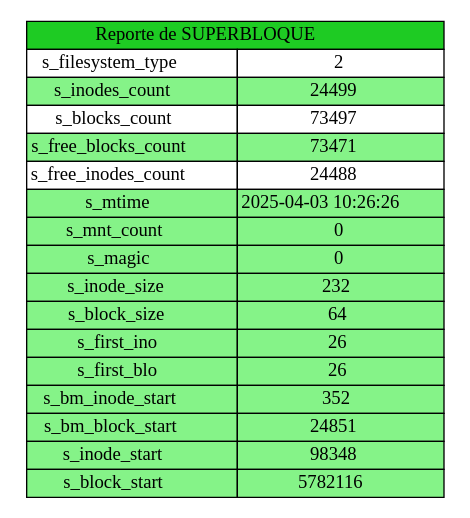
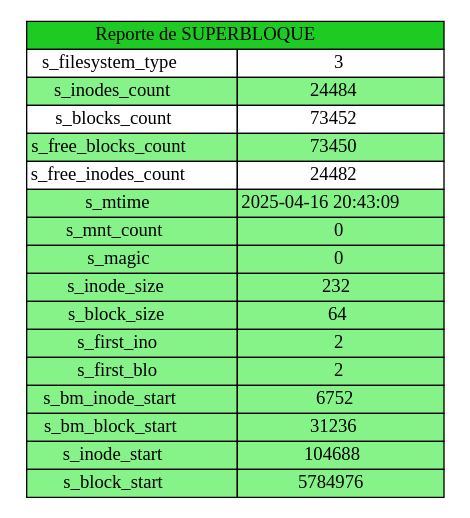
The diagram in reports/p4_r5_sb.dot (melgxrga/MIA_1S2025_P2_202302549), drawn with Graphviz before and after one commit. The commit also changed 10 other files, not shown here.

```diff
--- a/reports/p4_r5_sb.dot
+++ b/reports/p4_r5_sb.dot
@@ -1,24 +1,24 @@
 digraph {
 	node [shape=plaintext]
 	table [label=<
 		<TABLE BORDER="0" CELLBORDER="1" CELLSPACING="0">
 			<TR><TD bgcolor="#1ECB23" COLSPAN="2"> Reporte de SUPERBLOQUE </TD></TR>
-			<TR><TD> s_filesystem_type </TD><TD>2</TD></TR>
-			<TR><TD bgcolor="#85F388"> s_inodes_count </TD><TD bgcolor="#85F388">24499</TD></TR>
-			<TR><TD> s_blocks_count </TD><TD>73497</TD></TR>
-			<TR><TD bgcolor="#85F388"> s_free_blocks_count </TD><TD bgcolor="#85F388">73471</TD></TR>
-			<TR><TD> s_free_inodes_count </TD><TD>24488</TD></TR>
-			<TR><TD bgcolor="#85F388"> s_mtime </TD><TD bgcolor="#85F388">2025-04-03 10:26:26</TD></TR>
+			<TR><TD> s_filesystem_type </TD><TD>3</TD></TR>
+			<TR><TD bgcolor="#85F388"> s_inodes_count </TD><TD bgcolor="#85F388">24484</TD></TR>
+			<TR><TD> s_blocks_count </TD><TD>73452</TD></TR>
+			<TR><TD bgcolor="#85F388"> s_free_blocks_count </TD><TD bgcolor="#85F388">73450</TD></TR>
+			<TR><TD> s_free_inodes_count </TD><TD>24482</TD></TR>
+			<TR><TD bgcolor="#85F388"> s_mtime </TD><TD bgcolor="#85F388">2025-04-16 20:43:09</TD></TR>
 			<TR><TD bgcolor="#85F388"> s_mnt_count </TD><TD bgcolor="#85F388">0</TD></TR>
 			<TR><TD bgcolor="#85F388"> s_magic </TD><TD bgcolor="#85F388">0</TD></TR>
 			<TR><TD bgcolor="#85F388"> s_inode_size </TD><TD bgcolor="#85F388">232</TD></TR>
 			<TR><TD bgcolor="#85F388"> s_block_size </TD><TD bgcolor="#85F388">64</TD></TR>
-			<TR><TD bgcolor="#85F388"> s_first_ino </TD><TD bgcolor="#85F388">26</TD></TR>
-			<TR><TD bgcolor="#85F388"> s_first_blo </TD><TD bgcolor="#85F388">26</TD></TR>
-			<TR><TD bgcolor="#85F388"> s_bm_inode_start </TD><TD bgcolor="#85F388">352</TD></TR>
-			<TR><TD bgcolor="#85F388"> s_bm_block_start </TD><TD bgcolor="#85F388">24851</TD></TR>
-			<TR><TD bgcolor="#85F388"> s_inode_start </TD><TD bgcolor="#85F388">98348</TD></TR>
-			<TR><TD bgcolor="#85F388"> s_block_start </TD><TD bgcolor="#85F388">5782116</TD></TR>
+			<TR><TD bgcolor="#85F388"> s_first_ino </TD><TD bgcolor="#85F388">2</TD></TR>
+			<TR><TD bgcolor="#85F388"> s_first_blo </TD><TD bgcolor="#85F388">2</TD></TR>
+			<TR><TD bgcolor="#85F388"> s_bm_inode_start </TD><TD bgcolor="#85F388">6752</TD></TR>
+			<TR><TD bgcolor="#85F388"> s_bm_block_start </TD><TD bgcolor="#85F388">31236</TD></TR>
+			<TR><TD bgcolor="#85F388"> s_inode_start </TD><TD bgcolor="#85F388">104688</TD></TR>
+			<TR><TD bgcolor="#85F388"> s_block_start </TD><TD bgcolor="#85F388">5784976</TD></TR>
 		</TABLE>
 	>]
 }
```
